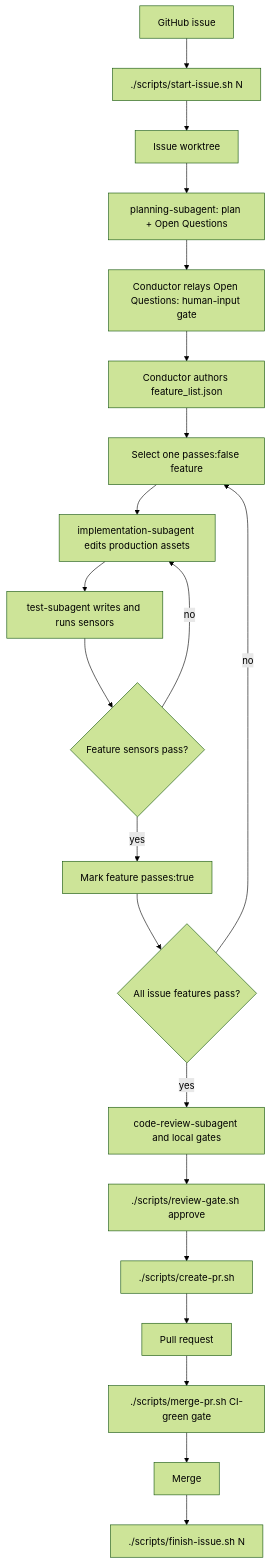
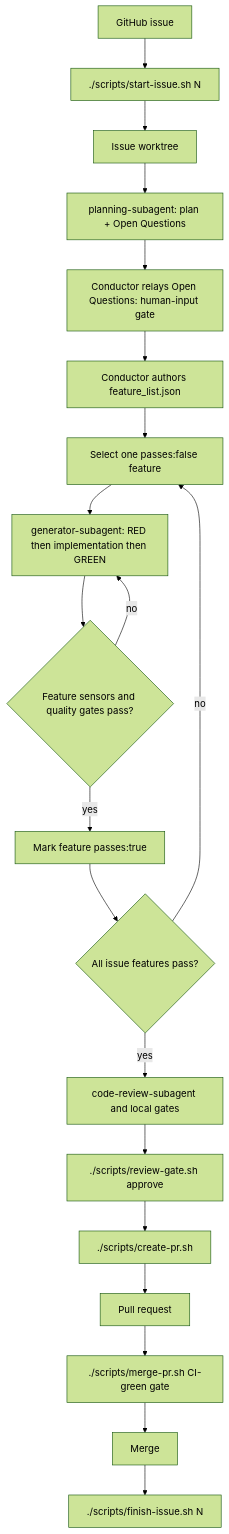
The diagram in docs/HARNESS.md (weijen/agent-delivery-harness), drawn with Mermaid (forest theme) before and after one commit. The commit also changed other lines of this file and 21 other files, not shown here.

````diff
--- a/docs/HARNESS.md
+++ b/docs/HARNESS.md
@@ -78,23 +78,22 @@
 ```mermaid
 flowchart TD
   A[GitHub issue] --> B[./scripts/start-issue.sh N]
   B --> C[Issue worktree]
   C --> PL[planning-subagent: plan + Open Questions]
   PL --> HG[Conductor relays Open Questions: human-input gate]
   HG --> D[Conductor authors feature_list.json]
   D --> E[Select one passes:false feature]
-  E --> F[implementation-subagent edits production assets]
-  F --> G[test-subagent writes and runs sensors]
-  G --> H{Feature sensors pass?}
+  E --> F[generator-subagent: RED then implementation then GREEN]
+  F --> H{Feature sensors and quality gates pass?}
   H -- no --> F
   H -- yes --> I[Mark feature passes:true]
   I --> J{All issue features pass?}
   J -- no --> E
   J -- yes --> K[code-review-subagent and local gates]
   K --> L[./scripts/review-gate.sh approve]
   L --> M[./scripts/create-pr.sh]
   M --> N[Pull request]
   N --> Q[./scripts/merge-pr.sh CI-green gate]
   Q --> O[Merge]
   O --> P[./scripts/finish-issue.sh N]
 ```
````
